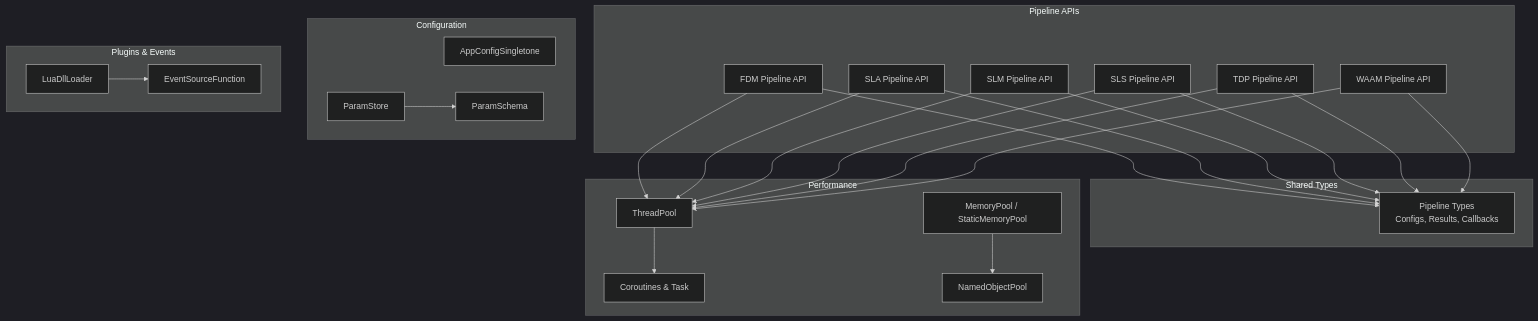
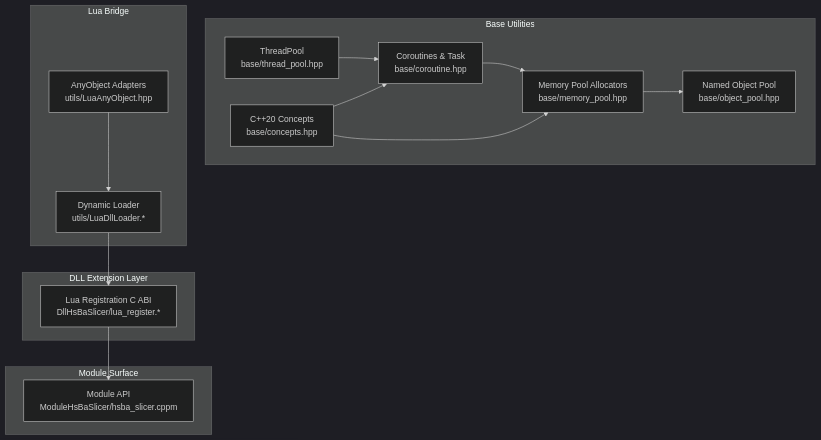
Before and after one commit to hsmbanlance/HsBaSlicer: the first of 10 diagrams in .qoder/repowiki/en/content/Advanced Features/Advanced Features.md, drawn with Mermaid (dark theme). The commit also changed other lines of this file and 1095 other files, not shown here.

````diff
--- a/.qoder/repowiki/en/content/Advanced Features/Advanced Features.md
+++ b/.qoder/repowiki/en/content/Advanced Features/Advanced Features.md
@@ -47,45 +48,28 @@
 ```mermaid
 graph TB
-subgraph "Pipeline APIs"
-FDM["FDM Pipeline API"]
-SLA["SLA Pipeline API"]
-SLM["SLM Pipeline API"]
-SLS["SLS Pipeline API"]
-TDP["TDP Pipeline API"]
-WAAM["WAAM Pipeline API"]
+subgraph "Base Utilities"
+TP["ThreadPool<br/>base/thread_pool.hpp"]
+Coro["Coroutines & Task<br/>base/coroutine.hpp"]
+MemPool["Memory Pool Allocators<br/>base/memory_pool.hpp"]
+ObjPool["Named Object Pool<br/>base/object_pool.hpp"]
+Concepts["C++20 Concepts<br/>base/concepts.hpp"]
 end
-subgraph "Shared Types"
-PT["Pipeline Types<br/>Configs, Results, Callbacks"]
+subgraph "DLL Extension Layer"
+LuaRegABI["Lua Registration C ABI<br/>DllHsBaSlicer/lua_register.*"]
 end
-subgraph "Performance"
-TP["ThreadPool"]
-CO["Coroutines & Task"]
-MP["MemoryPool / StaticMemoryPool"]
-OP["NamedObjectPool"]
+subgraph "Lua Bridge"
+AnyObj["AnyObject Adapters<br/>utils/LuaAnyObject.hpp"]
+DllLoad["Dynamic Loader<br/>utils/LuaDllLoader.*"]
 end
-subgraph "Configuration"
-AC["AppConfigSingletone"]
-PS["ParamStore"]
-SC["ParamSchema"]
+subgraph "Module Surface"
+ModAPI["Module API<br/>ModuleHsBaSlicer/hsba_slicer.cppm"]
 end
-subgraph "Plugins & Events"
-DL["LuaDllLoader"]
-EV["EventSourceFunction"]
-end
-FDM --> PT
-SLA --> PT
-SLM --> PT
-SLS --> PT
-TDP --> PT
-WAAM --> PT
-FDM --> TP
-SLA --> TP
-SLM --> TP
-SLS --> TP
-TDP --> TP
-WAAM --> TP
-TP --> CO
-MP --> OP
-PS --> SC
-DL --> EV
+TP --> Coro
+Coro --> MemPool
+MemPool --> ObjPool
+Concepts --> Coro
+Concepts --> MemPool
+LuaRegABI --> ModAPI
+AnyObj --> DllLoad
+DllLoad --> LuaRegABI
 ```
````
